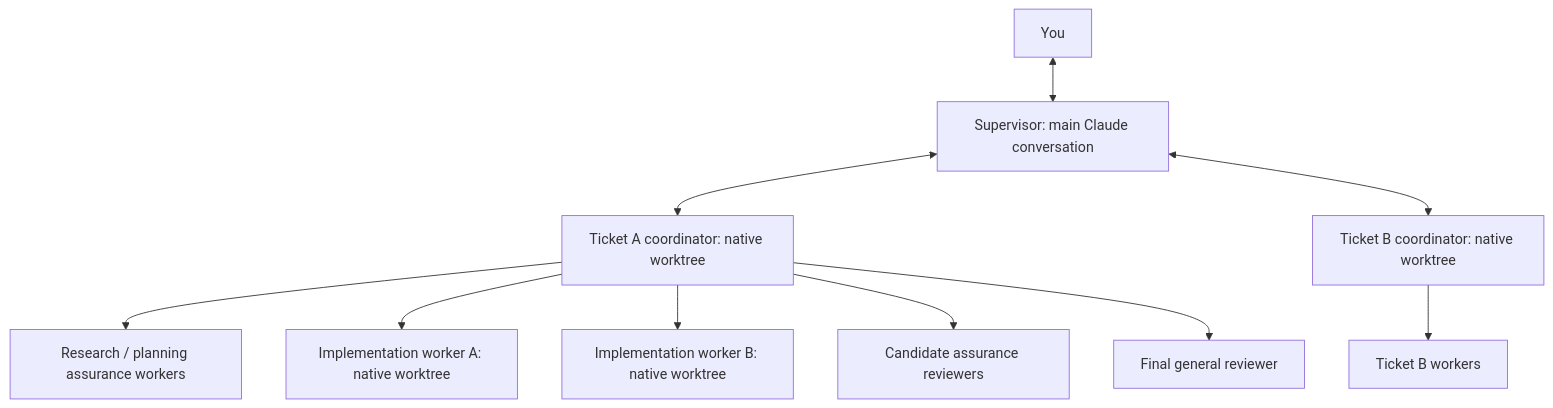
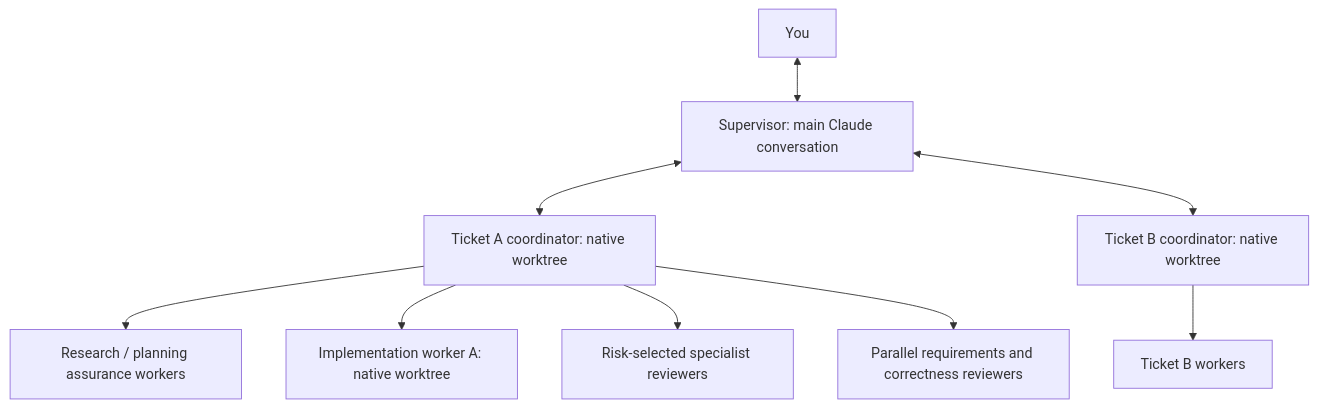
One commit to Miehau/harness changed the first of 2 diagrams in claude/README.md. Above: the diagram before and after it, drawn with Mermaid. The commit also changed other lines of this file and 171 other files, not shown here.

First line of the commit message:
Unify configurable agent workflows and preserve independent architecture rounds

````diff
--- a/claude/README.md
+++ b/claude/README.md
@@ -56,12 +64,11 @@
 ```mermaid
 flowchart TD
   U[You] <--> S[Supervisor: main Claude conversation]
   S <--> C1[Ticket A coordinator: native worktree]
   S <--> C2[Ticket B coordinator: native worktree]
   C1 --> R[Research / planning assurance workers]
   C1 --> W1[Implementation worker A: native worktree]
-  C1 --> W2[Implementation worker B: native worktree]
-  C1 --> A[Candidate assurance reviewers]
-  C1 --> V[Final general reviewer]
+  C1 --> A[Risk-selected specialist reviewers]
+  C1 --> V[Parallel requirements and correctness reviewers]
   C2 --> W3[Ticket B workers]
 ```
````
